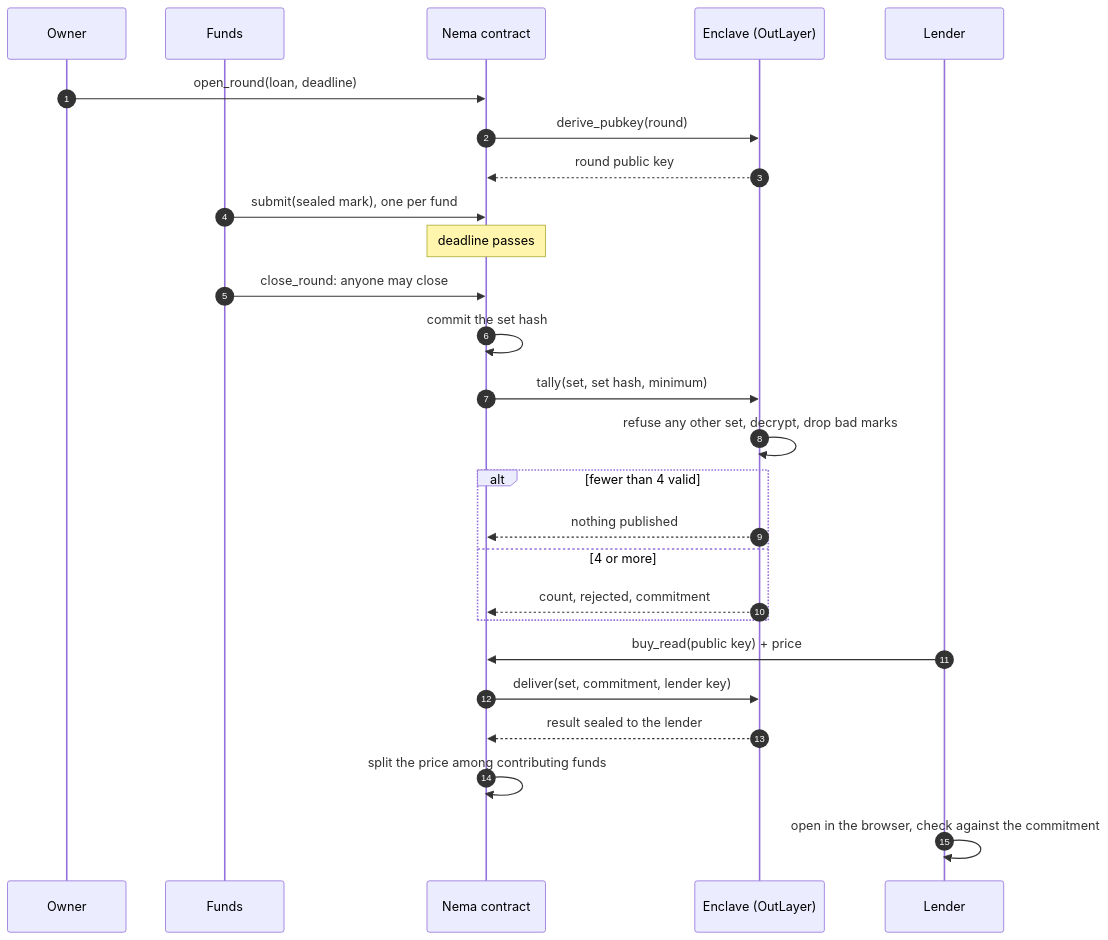
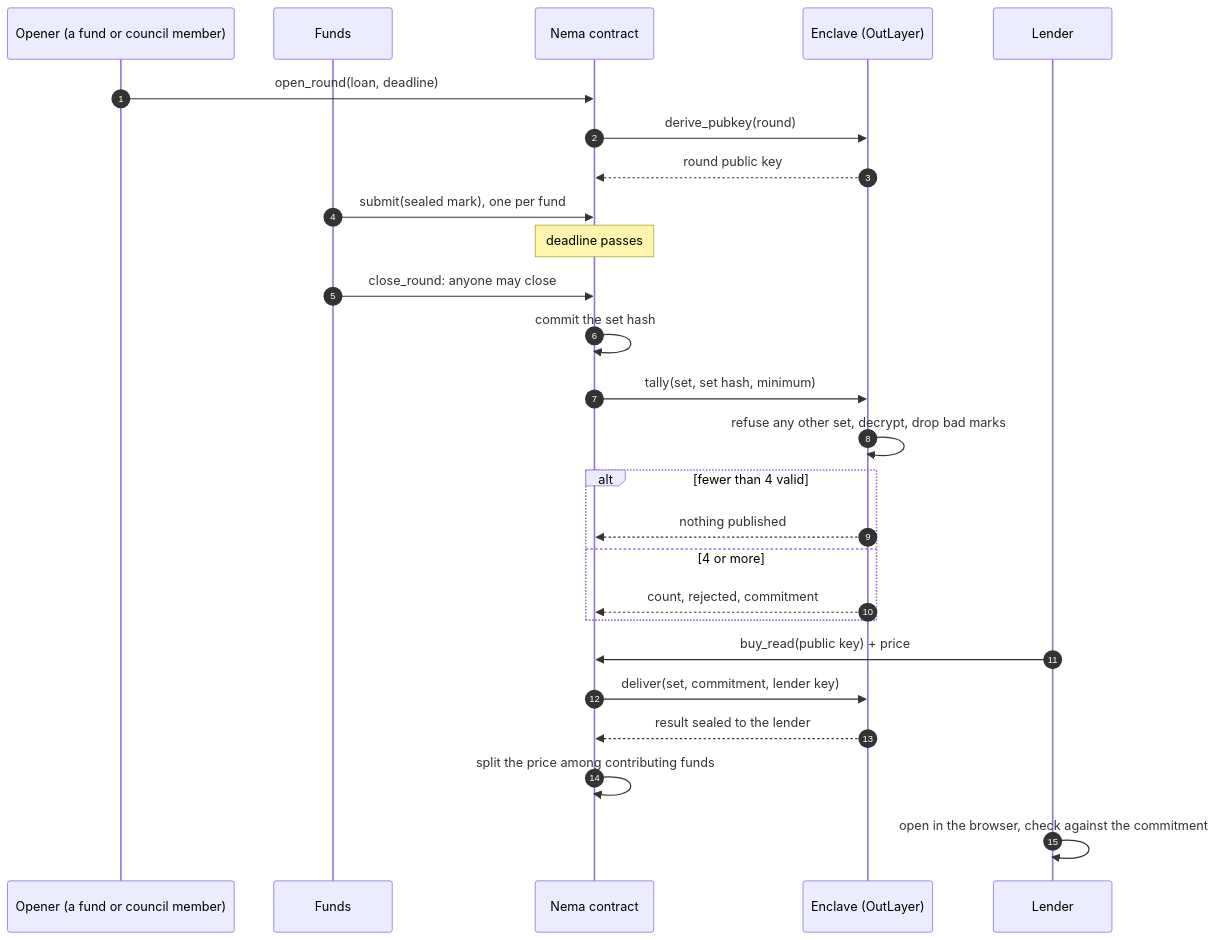
The second of 3 diagrams in README.md (Dami904/nema), drawn with Mermaid before and after one commit. The commit also changed other lines of this file and 27 other files, not shown here.

First line of the commit message:
v2: a council replaces the owner

````diff
--- a/README.md
+++ b/README.md
@@ -255,29 +255,29 @@
 ```mermaid
 sequenceDiagram
     autonumber
-    participant O as Owner
+    participant O as Opener (a fund or council member)
     participant F as Funds
     participant C as Nema contract
     participant E as Enclave (OutLayer)
     participant L as Lender
 
     O->>C: open_round(loan, deadline)
     C->>E: derive_pubkey(round)
     E-->>C: round public key
     F->>C: submit(sealed mark), one per fund
     Note over C: deadline passes
     F->>C: close_round: anyone may close
     C->>C: commit the set hash
     C->>E: tally(set, set hash, minimum)
     E->>E: refuse any other set, decrypt, drop bad marks
     alt fewer than 4 valid
         E-->>C: nothing published
     else 4 or more
         E-->>C: count, rejected, commitment
     end
     L->>C: buy_read(public key) + price
     C->>E: deliver(set, commitment, lender key)
     E-->>C: result sealed to the lender
     C->>C: split the price among contributing funds
     L->>L: open in the browser, check against the commitment
 ```
````
